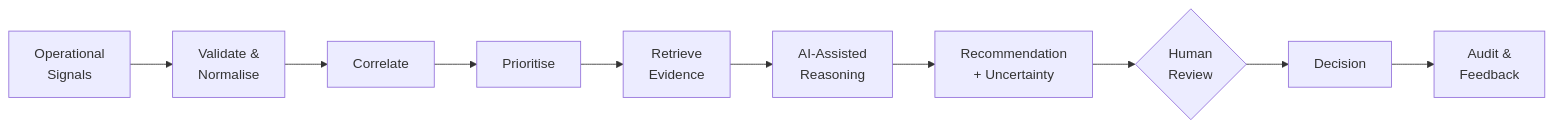
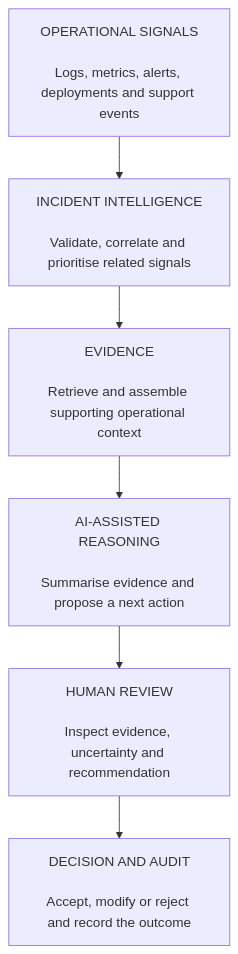
Before and after one commit to hammedfataio/Sigvora: the first of 3 diagrams in README.md, drawn with Mermaid. The commit also changed other lines of this file, not shown here.

````diff
--- a/README.md
+++ b/README.md
@@ -42,12 +53,21 @@
 ```mermaid
-flowchart LR
-    A["Operational<br/>Signals"] --> B["Validate &<br/>Normalise"]
-    B --> C["Correlate"]
-    C --> D["Prioritise"]
-    D --> E["Retrieve<br/>Evidence"]
-    E --> F["AI-Assisted<br/>Reasoning"]
-    F --> G["Recommendation<br/>+ Uncertainty"]
-    G --> H{"Human<br/>Review"}
-    H --> I["Decision"]
-    I --> J["Audit &<br/>Feedback"]
+flowchart TD
+
+    A["OPERATIONAL SIGNALS<br/><br/>Logs, metrics, alerts, deployments and support events"]
+
+    B["INCIDENT INTELLIGENCE<br/><br/>Validate, correlate and prioritise related signals"]
+
+    C["EVIDENCE<br/><br/>Retrieve and assemble supporting operational context"]
+
+    D["AI-ASSISTED REASONING<br/><br/>Summarise evidence and propose a next action"]
+
+    E["HUMAN REVIEW<br/><br/>Inspect evidence, uncertainty and recommendation"]
+
+    F["DECISION AND AUDIT<br/><br/>Accept, modify or reject and record the outcome"]
+
+    A --> B
+    B --> C
+    C --> D
+    D --> E
+    E --> F
 ```
````
